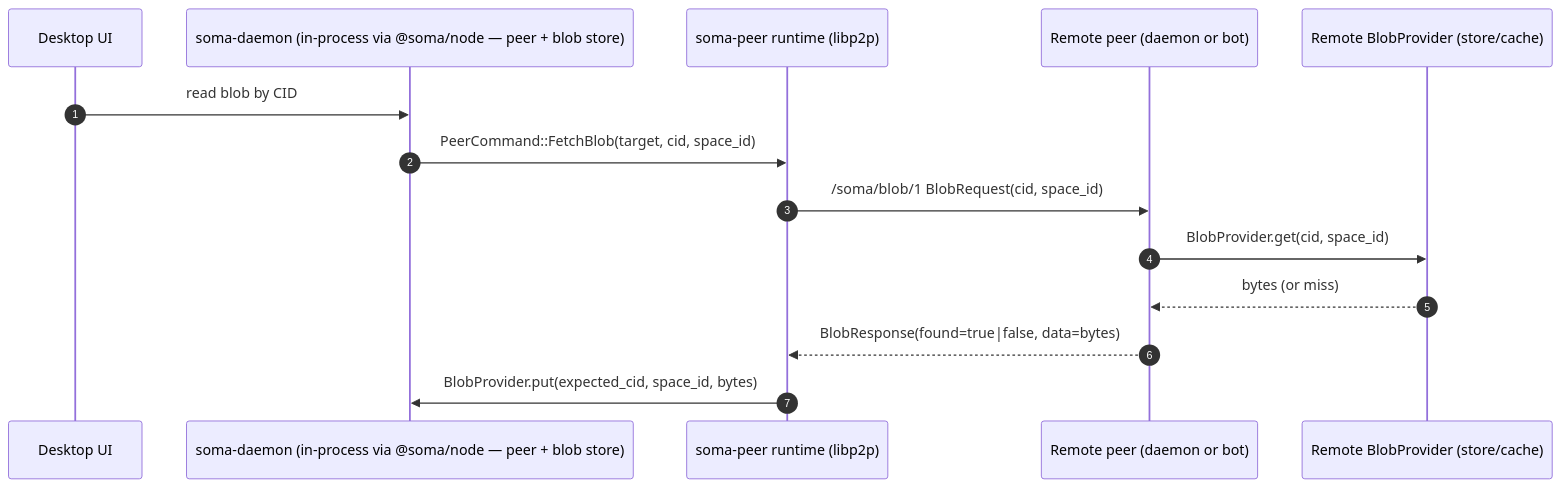
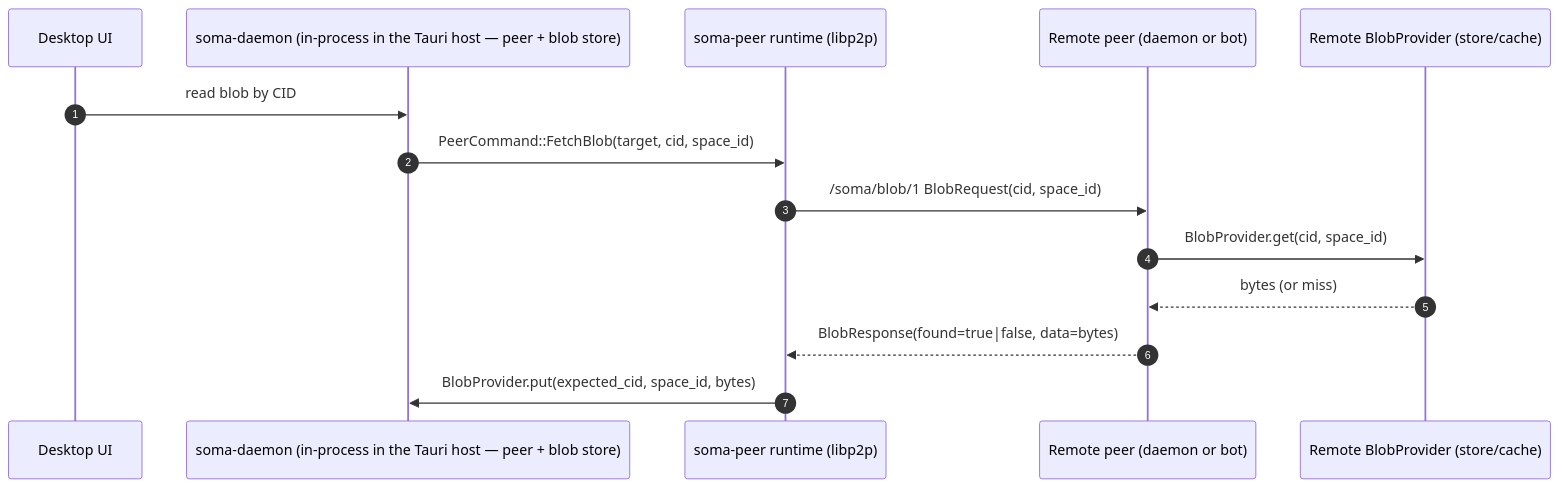
Before and after one commit to stephane-segning/soma: the diagram in docs/src/architecture/blobs-vdfs.md, drawn with Mermaid. The commit also changed other lines of this file and 27 other files, not shown here.

````diff
--- a/docs/src/architecture/blobs-vdfs.md
+++ b/docs/src/architecture/blobs-vdfs.md
@@ -122,17 +123,17 @@
 ```mermaid
 sequenceDiagram
   autonumber
   participant UI as Desktop UI
-  participant D as soma-daemon (in-process via @soma/node — peer + blob store)
+  participant D as soma-daemon (in-process in the Tauri host — peer + blob store)
   participant P as soma-peer runtime (libp2p)
   participant R as Remote peer (daemon or bot)
   participant S as Remote BlobProvider (store/cache)
 
   UI->>D: read blob by CID
   D->>P: PeerCommand::FetchBlob(target, cid, space_id)
   P->>R: /soma/blob/1 BlobRequest(cid, space_id)
   R->>S: BlobProvider.get(cid, space_id)
   S-->>R: bytes (or miss)
   R-->>P: BlobResponse(found=true|false, data=bytes)
   P->>D: BlobProvider.put(expected_cid, space_id, bytes)
 ```
````
